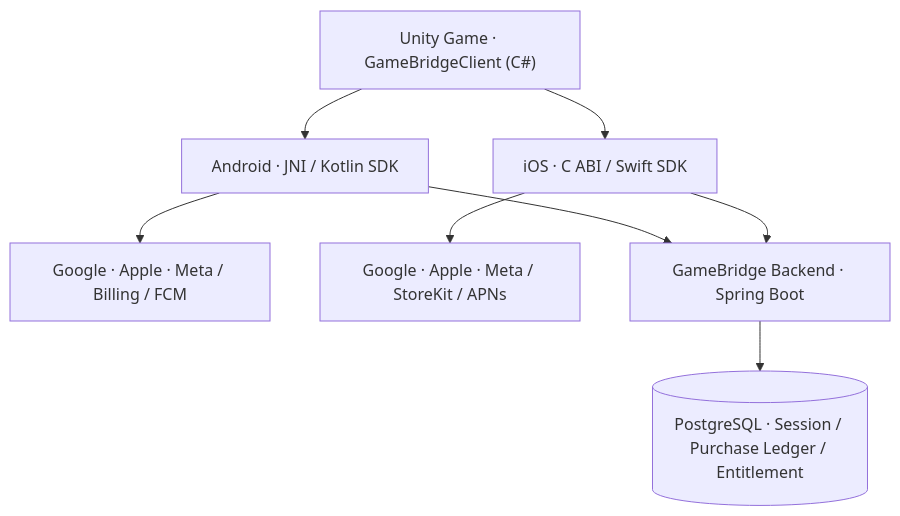
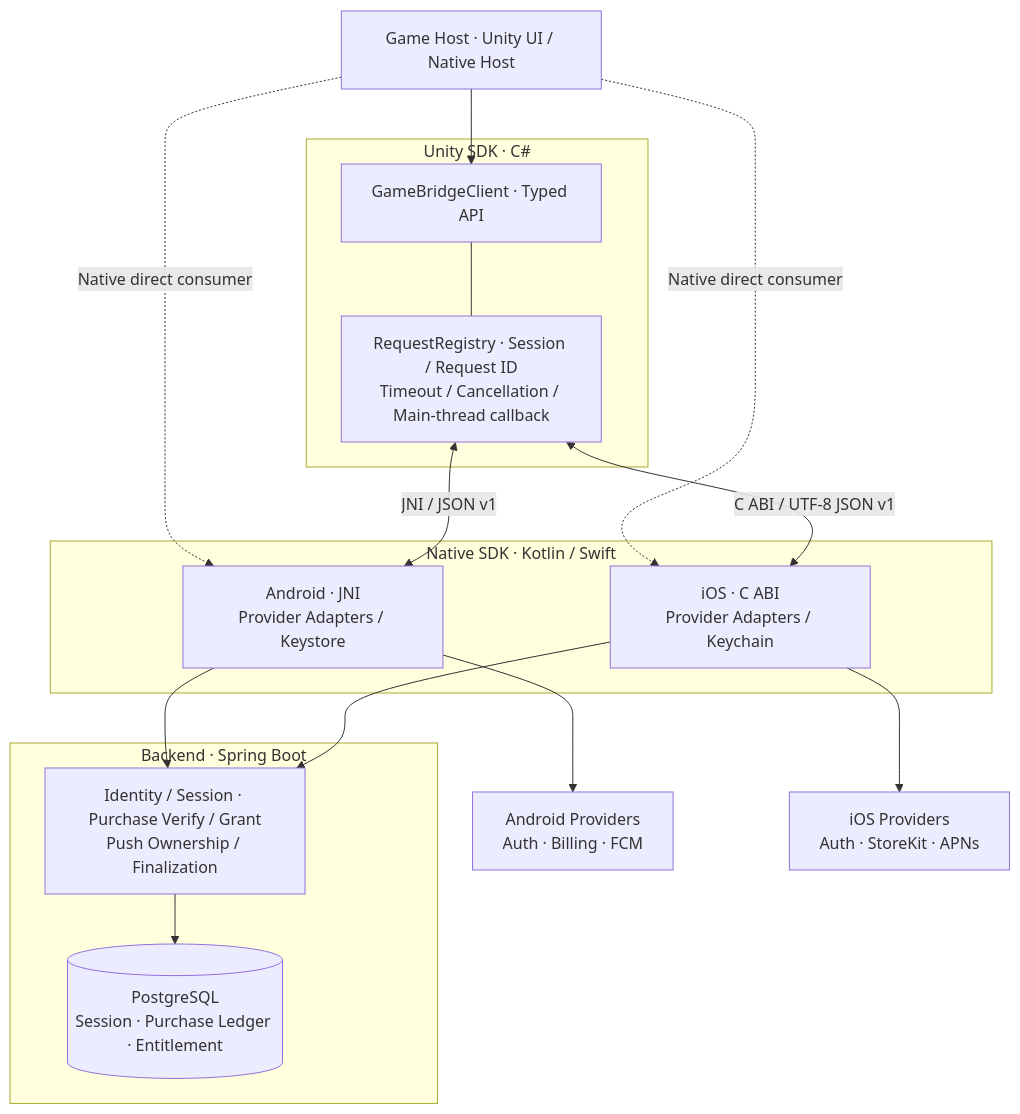
One commit to CodingBot000/GameBridge_SDK changed the diagram in README.md. Above: the diagram before and after it, drawn with Mermaid. The commit also changed other lines of this file and 7 other files, not shown here.

Commit message:
docs: surface SDK architecture decisions and verification evidence (#21)

````diff
--- a/README.md
+++ b/README.md
@@ -36,17 +18,29 @@
 ```mermaid
 flowchart TB
-    U["Unity Game · GameBridgeClient (C#)"]
-    A["Android · JNI / Kotlin SDK"]
-    I["iOS · C ABI / Swift SDK"]
-    PA["Google · Apple · Meta / Billing / FCM"]
-    PI["Google · Apple · Meta / StoreKit / APNs"]
-    B["GameBridge Backend · Spring Boot"]
-    D[("PostgreSQL · Session / Purchase Ledger / Entitlement")]
-    U --> A
-    U --> I
+    H["Game Host · Unity UI / Native Host"]
+    subgraph U["Unity SDK · C#"]
+        API["GameBridgeClient · Typed API"]
+        CTRL["RequestRegistry · Session / Request ID<br/>Timeout / Cancellation / Main-thread callback"]
+        API --- CTRL
+    end
+    subgraph N["Native SDK · Kotlin / Swift"]
+        A["Android · JNI<br/>Provider Adapters / Keystore"]
+        I["iOS · C ABI<br/>Provider Adapters / Keychain"]
+    end
+    PA["Android Providers<br/>Auth · Billing · FCM"]
+    PI["iOS Providers<br/>Auth · StoreKit · APNs"]
+    subgraph B["Backend · Spring Boot"]
+        S["Identity / Session · Purchase Verify / Grant<br/>Push Ownership / Finalization"]
+        D[("PostgreSQL<br/>Session · Purchase Ledger · Entitlement")]
+        S --> D
+    end
+    H --> API
+    H -. "Native direct consumer" .-> A
+    H -. "Native direct consumer" .-> I
+    CTRL <-->|"JNI / JSON v1"| A
+    CTRL <-->|"C ABI / UTF-8 JSON v1"| I
     A --> PA
     I --> PI
-    A --> B
-    I --> B
-    B --> D
+    A --> S
+    I --> S
 ```
````
